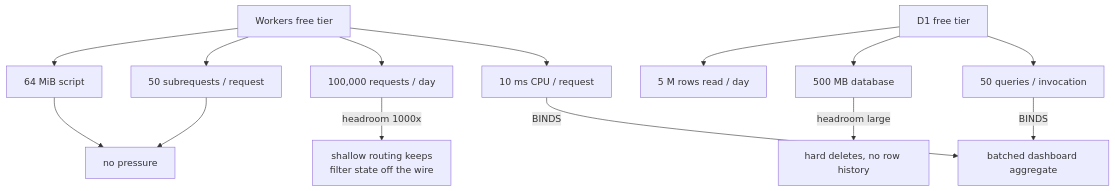
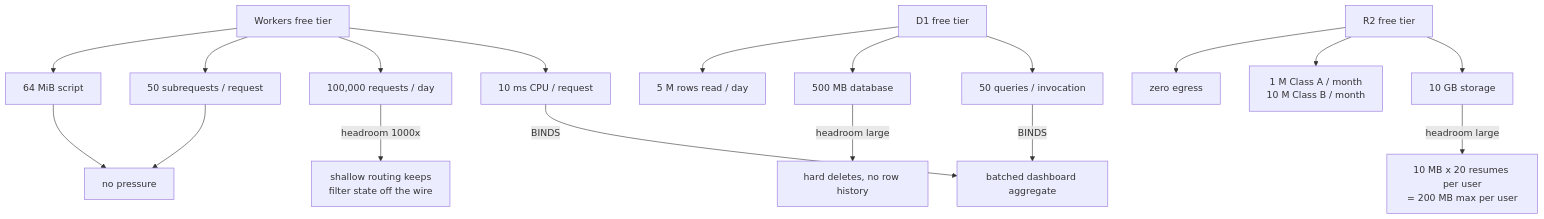
The first of 4 diagrams in docs/free-tier-budget.md (c0k0n/job-tracker), drawn with Mermaid before and after one commit. The commit also changed other lines of this file and 32 other files, not shown here.

````diff
--- a/docs/free-tier-budget.md
+++ b/docs/free-tier-budget.md
@@ -12,15 +12,19 @@
 ```mermaid
 flowchart TD
     A["Workers free tier"] --> B["10 ms CPU / request"]
     A --> C["100,000 requests / day"]
     A --> D["50 subrequests / request"]
     A --> E["64 MiB script"]
     F["D1 free tier"] --> G["50 queries / invocation"]
     F --> H["500 MB database"]
     F --> I["5 M rows read / day"]
+    N["R2 free tier"] --> O["10 GB storage"]
+    N --> P["1 M Class A / month<br/>10 M Class B / month"]
+    N --> Q["zero egress"]
     B -->|"BINDS"| J["batched dashboard aggregate"]
     G -->|"BINDS"| J
     C -->|"headroom 1000x"| K["shallow routing keeps<br/>filter state off the wire"]
     H -->|"headroom large"| L["hard deletes, no row history"]
+    O -->|"headroom large"| R["10 MB x 20 resumes per user<br/>= 200 MB max per user"]
     E & D --> M["no pressure"]
 ```
````
